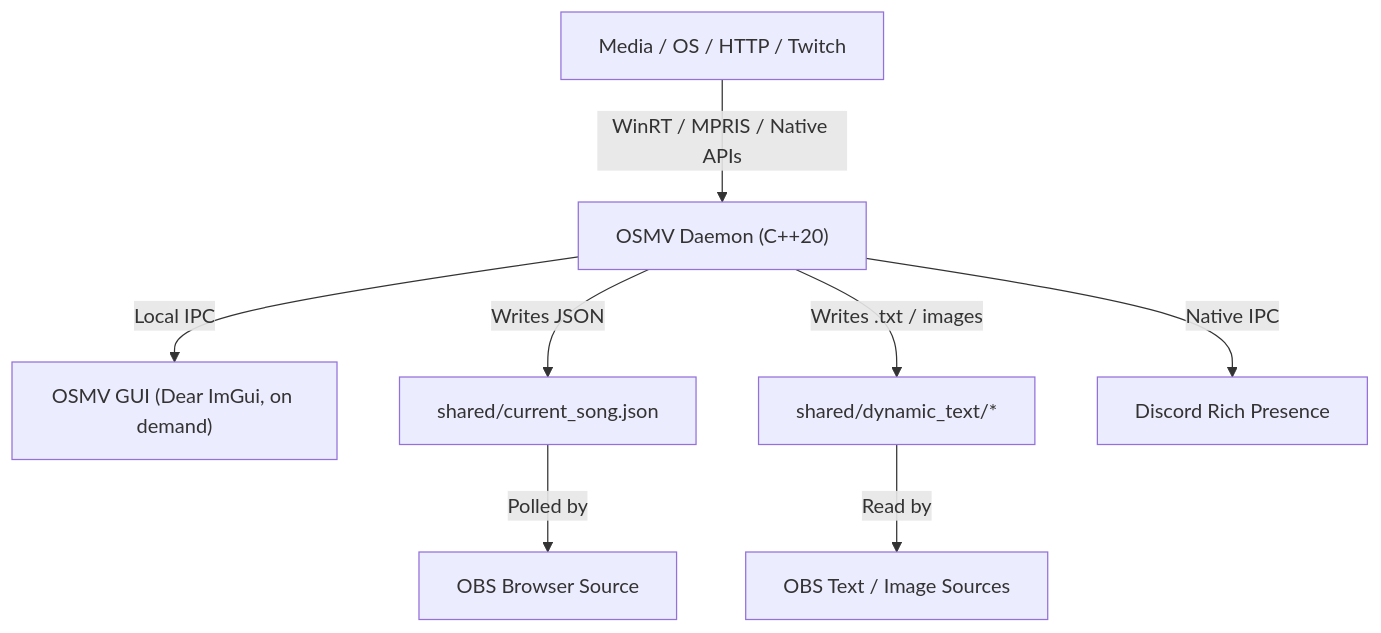
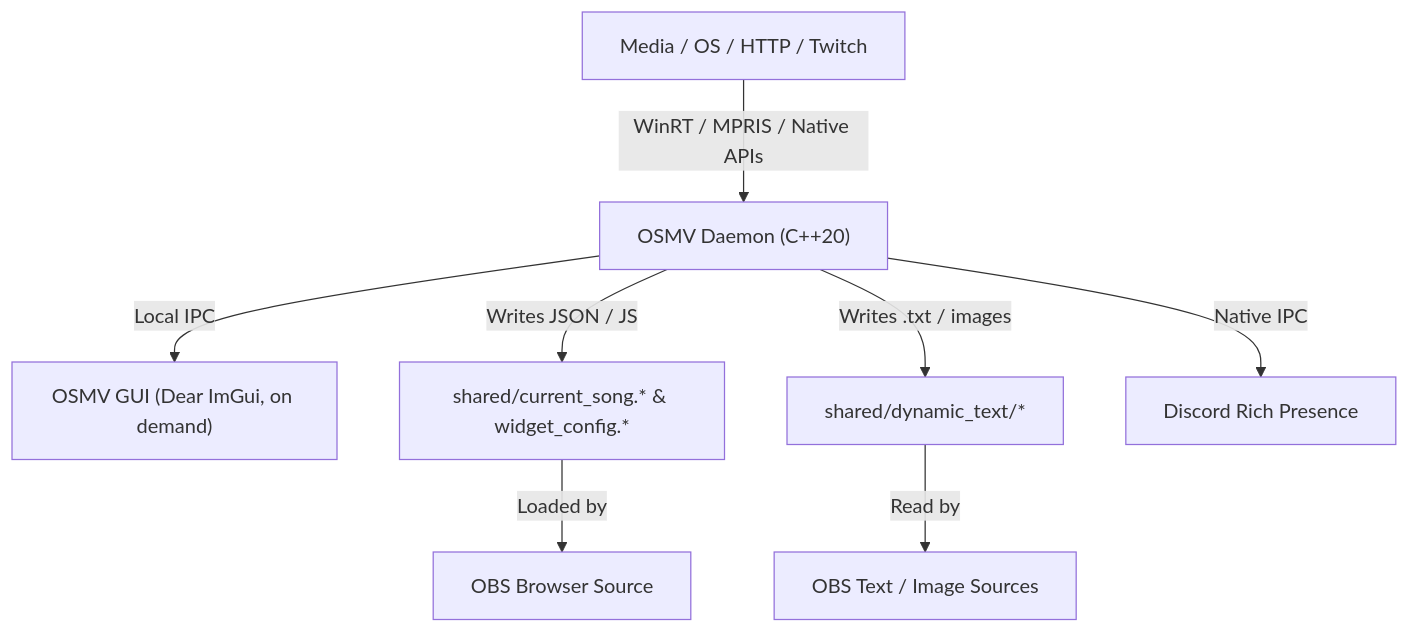
The diagram in profile/README.md (StreamMusicViewer/.github), drawn with Mermaid before and after one commit. The commit also changed other lines of this file, not shown here.

````diff
--- a/profile/README.md
+++ b/profile/README.md
@@ -25,10 +25,10 @@
 ```mermaid
 graph TD
     A[Media / OS / HTTP / Twitch] -->|WinRT / MPRIS / Native APIs| B["OSMV Daemon (C++20)"]
     B -->|Local IPC| G["OSMV GUI (Dear ImGui, on demand)"]
-    B -->|Writes JSON| C[shared/current_song.json]
+    B -->|Writes JSON / JS| C["shared/current_song.* & widget_config.*"]
     B -->|Writes .txt / images| F[shared/dynamic_text/*]
     B -->|Native IPC| H[Discord Rich Presence]
-    C -->|Polled by| D[OBS Browser Source]
+    C -->|Loaded by| D[OBS Browser Source]
     F -->|Read by| E[OBS Text / Image Sources]
 ```
````
